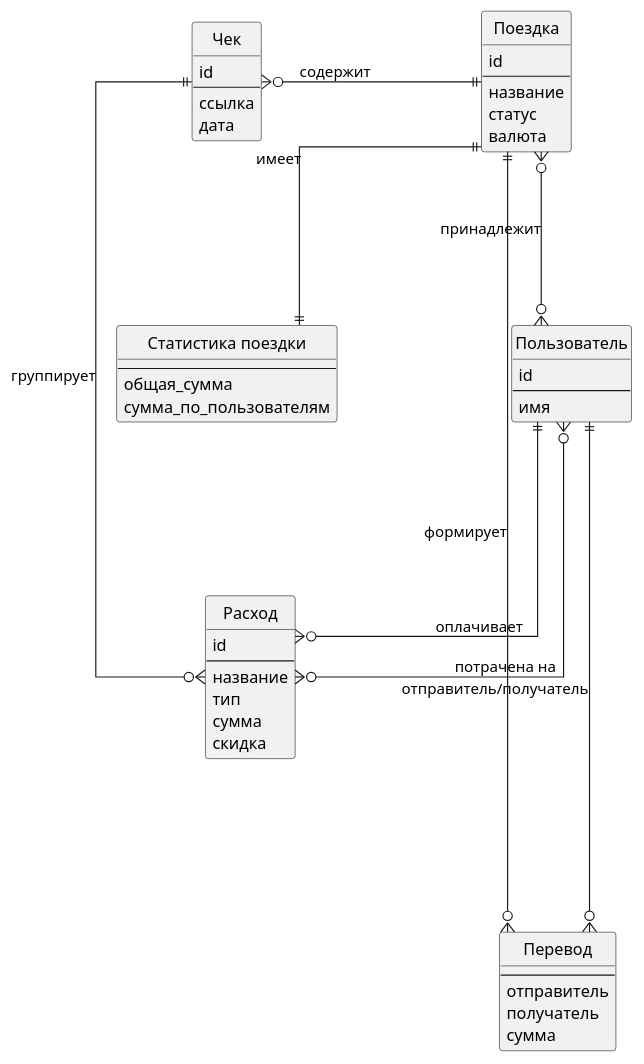
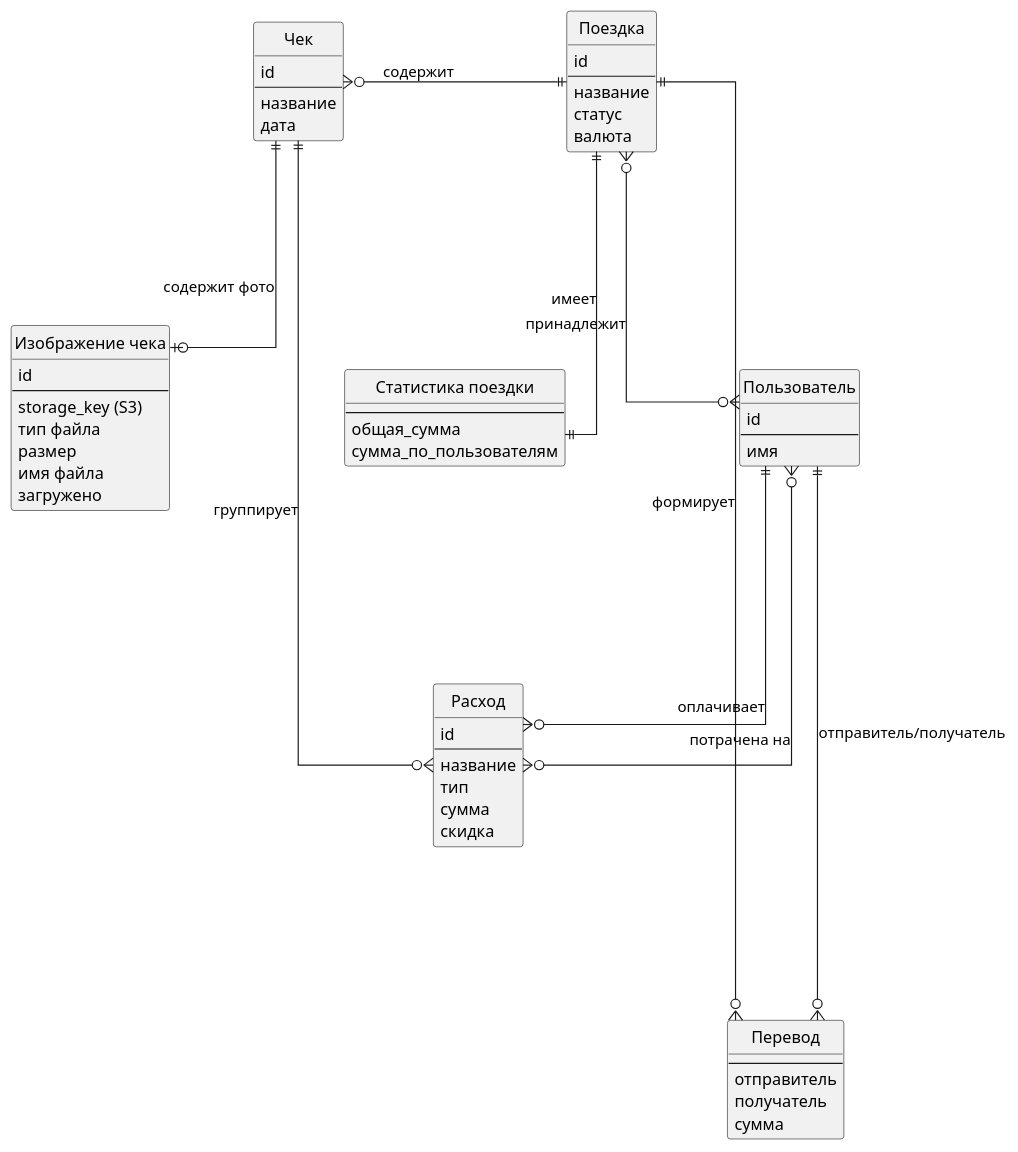
One commit to SashaKoretski/TripSplit changed the diagram in img/ER/ER.puml. Above: the diagram before and after it, drawn with PlantUML. The commit also changed 54 other files, not shown here.

```diff
--- a/img/ER/ER.puml
+++ b/img/ER/ER.puml
@@ -1,71 +1,82 @@
 @startuml
 skinparam linetype ortho
 skinparam nodesep 150
 skinparam ranksep 150
 
 hide circle
 hide methods
 hide stereotypes
 
 entity "Пользователь" as User {
     id
     --
     имя
 }
 
 entity "Поездка" as Trip {
     id
     --
     название
     статус
     валюта
 }
 
 entity "Чек" as Receipt {
     id
     --
-    ссылка
+    название
     дата
+}
+
+entity "Изображение чека" as ReceiptImage {
+    id
+    --
+    storage_key (S3)
+    тип файла
+    размер
+    имя файла
+    загружено
 }
 
 entity "Расход" as Expense {
     id
     --
     название
     тип
     сумма
     скидка
 }
 
 entity "Перевод" as Transfer {
     --
     отправитель
     получатель
     сумма
 }
 
 entity "Статистика поездки" as Stats {
     --
     общая_сумма
     сумма_по_пользователям
 }
 
 ' Основные связи
 User    }o-left-o{ Trip      : "принадлежит"
 Trip    ||-left-o{ Receipt   : "содержит"
 Receipt ||-right-o{ Expense  : "группирует"
+Receipt ||-down-o| ReceiptImage : "содержит фото"
 
 Trip    ||-right-o{ Transfer : "формирует"
 
 Trip    ||-down-|| Stats     : "имеет"
 
 User    ||-down-o{ Expense   : "оплачивает"
 User    }o-down-o{ Expense   : "потрачена на"
 
 User    ||-right-o{ Transfer : "отправитель/получатель"
 
 ' Скрытые связи для более аккуратного расположения
 Receipt -[hidden]-> Stats
 Stats   -[hidden]-> Expense
 Expense -[hidden]-> Transfer
 @enduml
```
